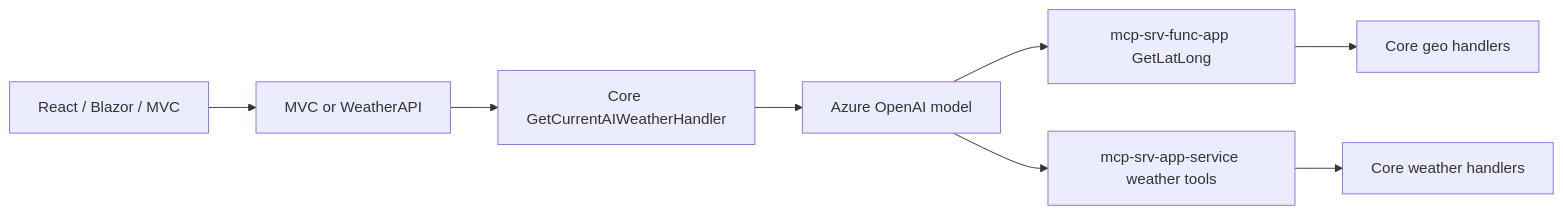
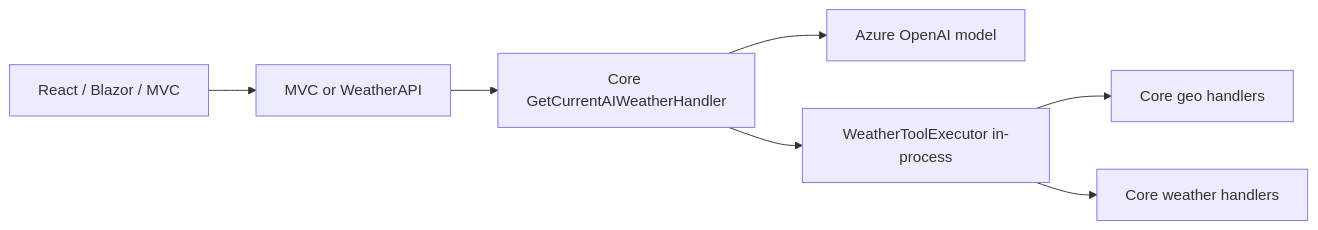
Before and after one commit to dustinkorzaan/weather-1116: the second of 2 diagrams in docs/architecture.md, drawn with Mermaid. The commit also changed other lines of this file and 14 other files, not shown here.

First line of the commit message:
Switch Current AI Weather from remote MCP tools to local in-process tools (#221)

````diff
--- a/docs/architecture.md
+++ b/docs/architecture.md
@@ -104,19 +110,17 @@
 ```mermaid
 flowchart LR
   UI[React / Blazor / MVC]
   API[MVC or WeatherAPI]
   Core[Core GetCurrentAIWeatherHandler]
   Model[Azure OpenAI model]
-  McpSrvFuncApp[mcp-srv-func-app GetLatLong]
-  McpSrvAppService[mcp-srv-app-service weather tools]
+  Tools[WeatherToolExecutor in-process]
   CoreGeo[Core geo handlers]
   CoreWx[Core weather handlers]
 
   UI --> API
   API --> Core
   Core --> Model
-  Model --> McpSrvFuncApp
-  Model --> McpSrvAppService
-  McpSrvFuncApp --> CoreGeo
-  McpSrvAppService --> CoreWx
+  Core --> Tools
+  Tools --> CoreGeo
+  Tools --> CoreWx
 ```
````
